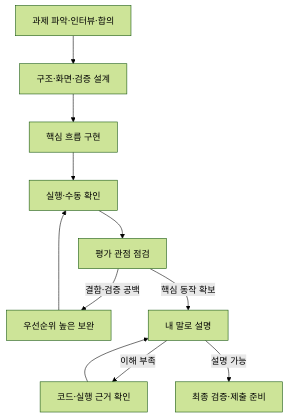
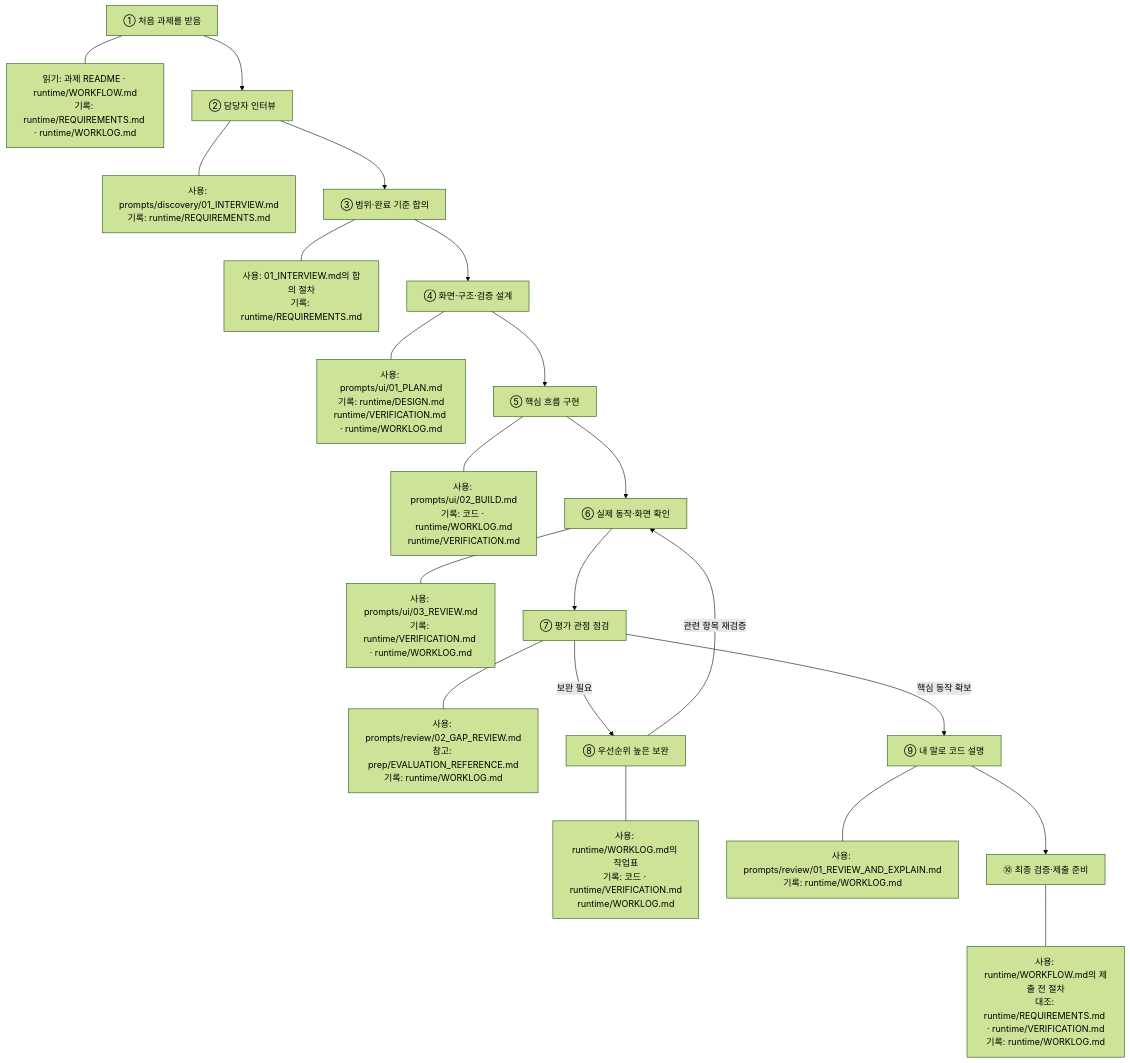
The diagram in EXAM_QUICK_GUIDE.md (TaeDongUm/work-management-skill), drawn with Mermaid (forest theme) before and after one commit. The commit also changed other lines of this file, not shown here.

````diff
--- a/EXAM_QUICK_GUIDE.md
+++ b/EXAM_QUICK_GUIDE.md
@@ -40,13 +47,64 @@
 ```mermaid
-flowchart TD
-    A["과제 파악·인터뷰·합의"] --> B["구조·화면·검증 설계"]
-    B --> C["핵심 흐름 구현"]
-    C --> D["실행·수동 확인"]
-    D --> E["평가 관점 점검"]
-    E -->|"결함·검증 공백"| F["우선순위 높은 보완"]
-    F --> D
-    E -->|"핵심 동작 확보"| G["내 말로 설명"]
-    G -->|"이해 부족"| H["코드·실행 근거 확인"]
-    H --> G
-    G -->|"설명 가능"| I["최종 검증·제출 준비"]
+flowchart TB
+    A["① 처음 과제를 받음"]
+    AF["읽기: 과제 README · runtime/WORKFLOW.md
+기록: runtime/REQUIREMENTS.md · runtime/WORKLOG.md"]
+
+    B["② 담당자 인터뷰"]
+    BF["사용: prompts/discovery/01_INTERVIEW.md
+기록: runtime/REQUIREMENTS.md"]
+
+    C["③ 범위·완료 기준 합의"]
+    CF["사용: 01_INTERVIEW.md의 합의 절차
+기록: runtime/REQUIREMENTS.md"]
+
+    D["④ 화면·구조·검증 설계"]
+    DF["사용: prompts/ui/01_PLAN.md
+기록: runtime/DESIGN.md
+runtime/VERIFICATION.md · runtime/WORKLOG.md"]
+
+    E["⑤ 핵심 흐름 구현"]
+    EF["사용: prompts/ui/02_BUILD.md
+기록: 코드 · runtime/WORKLOG.md
+runtime/VERIFICATION.md"]
+
+    F["⑥ 실제 동작·화면 확인"]
+    FF["사용: prompts/ui/03_REVIEW.md
+기록: runtime/VERIFICATION.md · runtime/WORKLOG.md"]
+
+    G["⑦ 평가 관점 점검"]
+    GF["사용: prompts/review/02_GAP_REVIEW.md
+참고: prep/EVALUATION_REFERENCE.md
+기록: runtime/WORKLOG.md"]
+
+    H["⑧ 우선순위 높은 보완"]
+    HF["사용: runtime/WORKLOG.md의 작업표
+기록: 코드 · runtime/VERIFICATION.md
+runtime/WORKLOG.md"]
+
+    I["⑨ 내 말로 코드 설명"]
+    IF["사용: prompts/review/01_REVIEW_AND_EXPLAIN.md
+기록: runtime/WORKLOG.md"]
+
+    J["⑩ 최종 검증·제출 준비"]
+    JF["사용: runtime/WORKFLOW.md의 제출 전 절차
+대조: runtime/REQUIREMENTS.md · runtime/VERIFICATION.md
+기록: runtime/WORKLOG.md"]
+
+    A --- AF
+    B --- BF
+    C --- CF
+    D --- DF
+    E --- EF
+    F --- FF
+    G --- GF
+    H --- HF
+    I --- IF
+    J --- JF
+
+    A --> B --> C --> D --> E --> F --> G
+    G -->|"보완 필요"| H
+    H -->|"관련 항목 재검증"| F
+    G -->|"핵심 동작 확보"| I
+    I --> J
 ```
````
